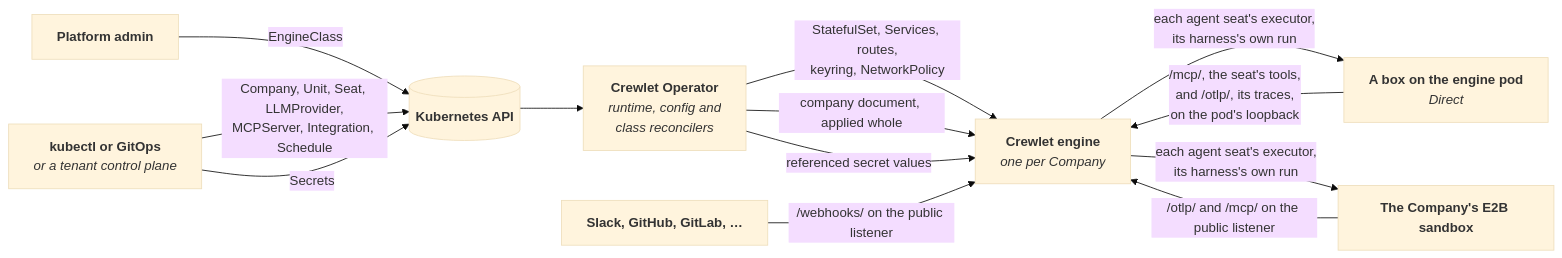
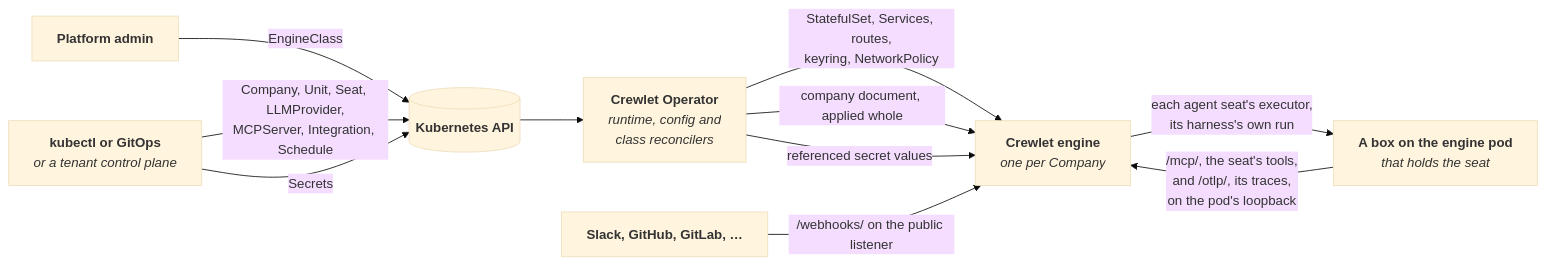
One commit to crewlet/crewlet-operator changed the diagram in README.md. Above: the diagram before and after it, drawn with Mermaid (base theme). The commit also changed other lines of this file and 132 other files, not shown here.

First line of the commit message:
refactor(api): drop the e2b placement, so every executor runs direct

````diff
--- a/README.md
+++ b/README.md
@@ -92,16 +92,14 @@
 ```mermaid
 flowchart LR
     PA["<b>Platform admin</b>"] -->|EngineClass| K
     U["<b>kubectl or GitOps</b><br/><i>or a tenant control plane</i>"] -->|"Company, Unit, Seat, LLMProvider,<br/>MCPServer, Integration, Schedule"| K
     U -->|Secrets| K
     K[("<b>Kubernetes API</b>")] --> O["<b>Crewlet Operator</b><br/><i>runtime, config and<br/>class reconcilers</i>"]
     O -->|"StatefulSet, Services, routes,<br/>keyring, NetworkPolicy"| E
     O -->|"company document, applied whole"| E
     O -->|"referenced secret values"| E
     E["<b>Crewlet engine</b><br/><i>one per Company</i>"]
-    E -->|"each agent seat's executor,<br/>its harness's own run"| D["<b>A box on the engine pod</b><br/><i>Direct</i>"]
-    E -->|"each agent seat's executor,<br/>its harness's own run"| SB["<b>The Company's E2B sandbox</b>"]
+    E -->|"each agent seat's executor,<br/>its harness's own run"| D["<b>A box on the engine pod</b><br/><i>that holds the seat</i>"]
     D -->|"/mcp/, the seat's tools,<br/>and /otlp/, its traces,<br/>on the pod's loopback"| E
     V["<b>Slack, GitHub, GitLab, …</b>"] -->|"/webhooks/ on the public listener"| E
-    SB -->|"/otlp/ and /mcp/ on the public listener"| E
 ```
````
